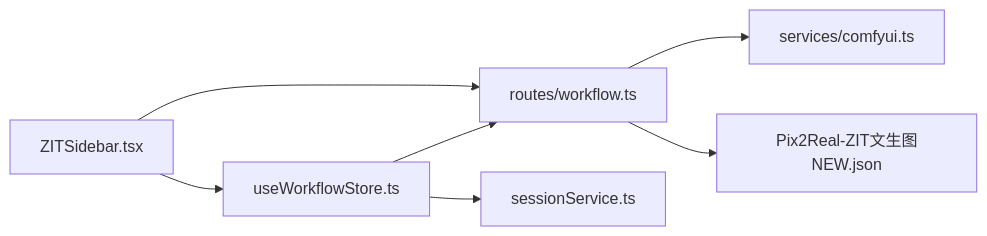
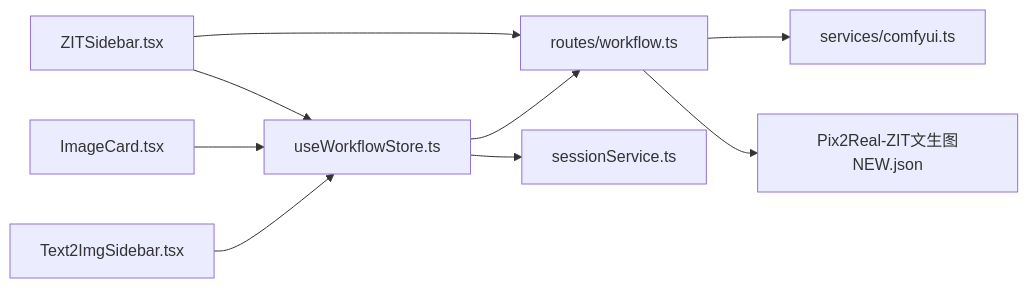
One commit to billye220670/CorineKit_Pix2Real changed the eighth of 8 diagrams in .qoder/repowiki/zh/content/专业功能/ZIT 快出.md. Above: the diagram before and after it, drawn with Mermaid. The commit also changed other lines of this file and 49 other files, not shown here.

````diff
--- a/.qoder/repowiki/zh/content/专业功能/ZIT 快出.md
+++ b/.qoder/repowiki/zh/content/专业功能/ZIT 快出.md
@@ -303,9 +370,11 @@
 ```mermaid
 graph LR
 UI["ZITSidebar.tsx"] --> STORE["useWorkflowStore.ts"]
 UI --> ROUTE["routes/workflow.ts"]
+CARD["ImageCard.tsx"] --> STORE
+TEXT2IMG["Text2ImgSidebar.tsx"] --> STORE
 STORE --> ROUTE
 ROUTE --> COMFY["services/comfyui.ts"]
 ROUTE --> TPL["Pix2Real-ZIT文生图NEW.json"]
 STORE --> TYPES["sessionService.ts"]
 ```
````
